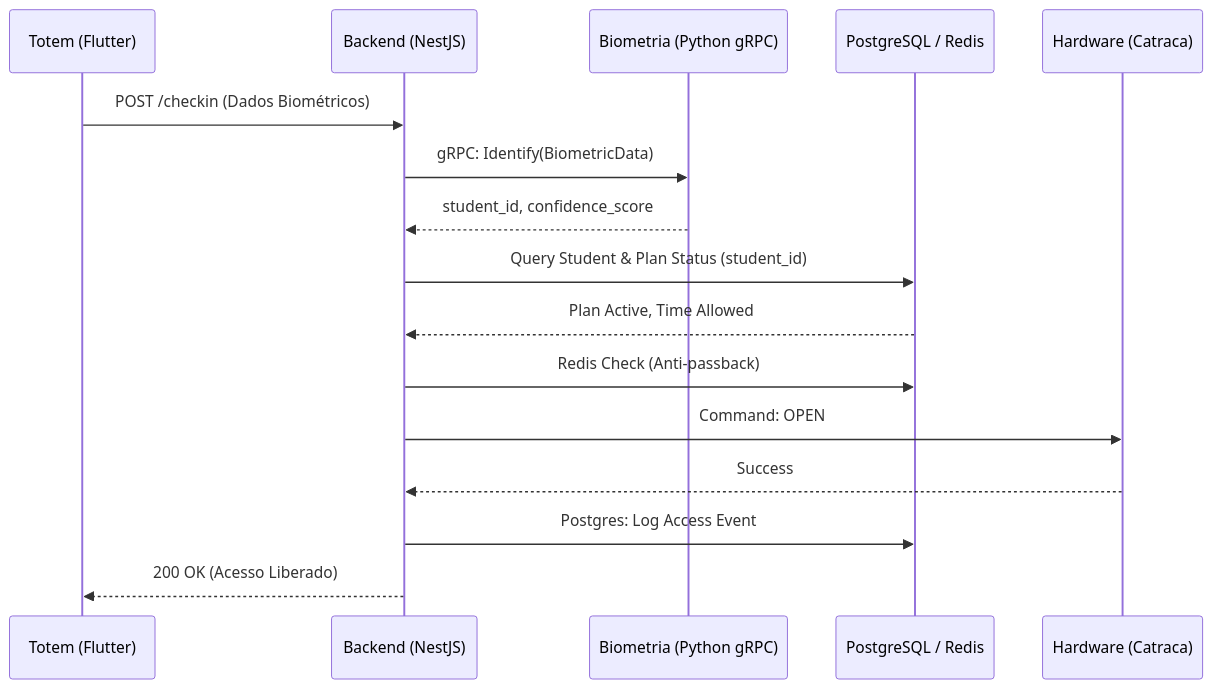
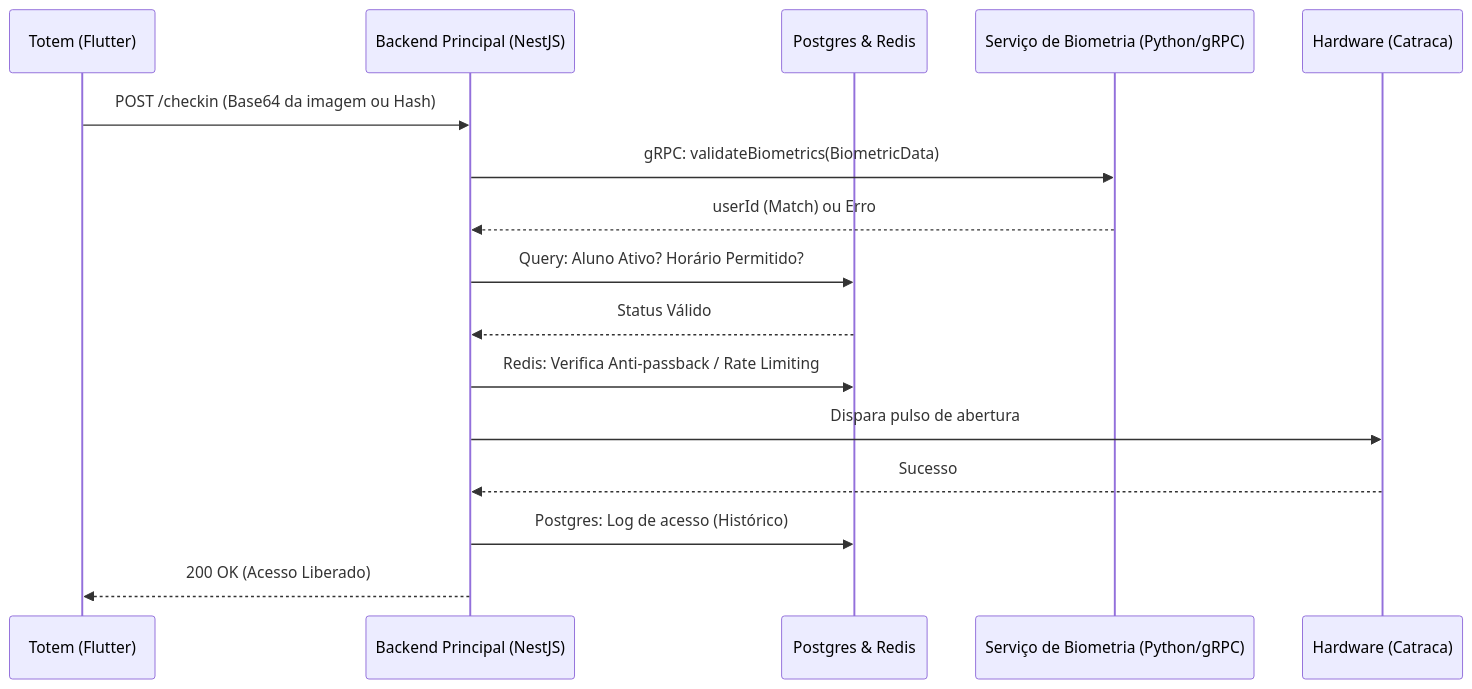
Before and after one commit to juninmd/auto-wellhub-checkin: the diagram in gym-checkin-system/ARCHITECTURE.md, drawn with Mermaid. The commit also changed 17 other files, not shown here.

First line of the commit message:
feat: setup initial mvp structure for biometric check-in (#38)

````diff
--- a/gym-checkin-system/ARCHITECTURE.md
+++ b/gym-checkin-system/ARCHITECTURE.md
@@ -33,19 +33,19 @@
 ```mermaid
 sequenceDiagram
     participant Totem as Totem (Flutter)
-    participant NestJS as Backend (NestJS)
-    participant Python as Biometria (Python gRPC)
-    participant DB as PostgreSQL / Redis
+    participant NestJS as Backend Principal (NestJS)
+    participant DB as Postgres & Redis
+    participant Python as Serviço de Biometria (Python/gRPC)
     participant Catraca as Hardware (Catraca)
 
-    Totem->>NestJS: POST /checkin (Dados Biométricos)
-    NestJS->>Python: gRPC: Identify(BiometricData)
-    Python-->>NestJS: student_id, confidence_score
-    NestJS->>DB: Query Student & Plan Status (student_id)
-    DB-->>NestJS: Plan Active, Time Allowed
-    NestJS->>DB: Redis Check (Anti-passback)
-    NestJS->>Catraca: Command: OPEN
-    Catraca-->>NestJS: Success
-    NestJS->>DB: Postgres: Log Access Event
+    Totem->>NestJS: POST /checkin (Base64 da imagem ou Hash)
+    NestJS->>Python: gRPC: validateBiometrics(BiometricData)
+    Python-->>NestJS: userId (Match) ou Erro
+    NestJS->>DB: Query: Aluno Ativo? Horário Permitido?
+    DB-->>NestJS: Status Válido
+    NestJS->>DB: Redis: Verifica Anti-passback / Rate Limiting
+    NestJS->>Catraca: Dispara pulso de abertura
+    Catraca-->>NestJS: Sucesso
+    NestJS->>DB: Postgres: Log de acesso (Histórico)
     NestJS-->>Totem: 200 OK (Acesso Liberado)
 ```
````
